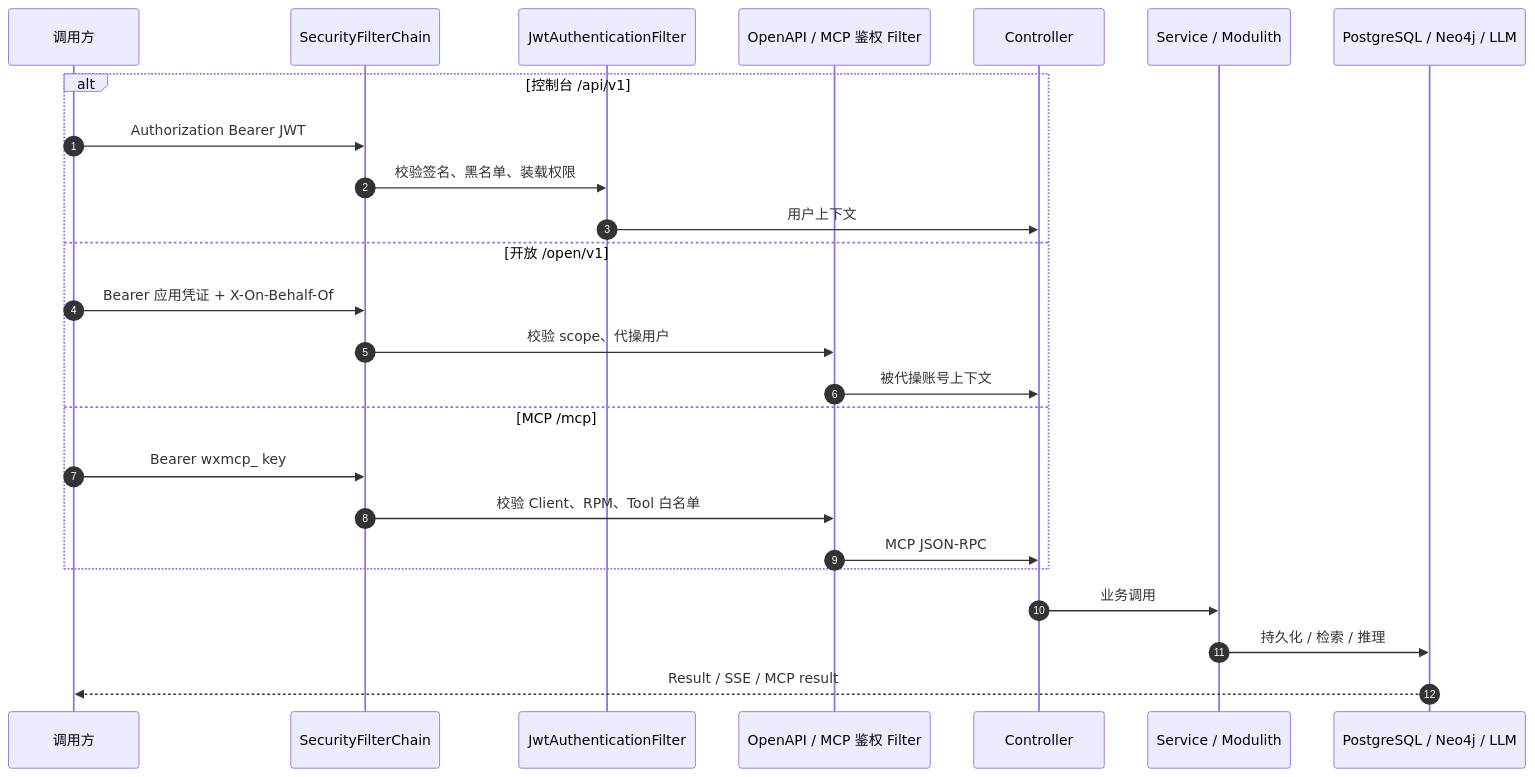
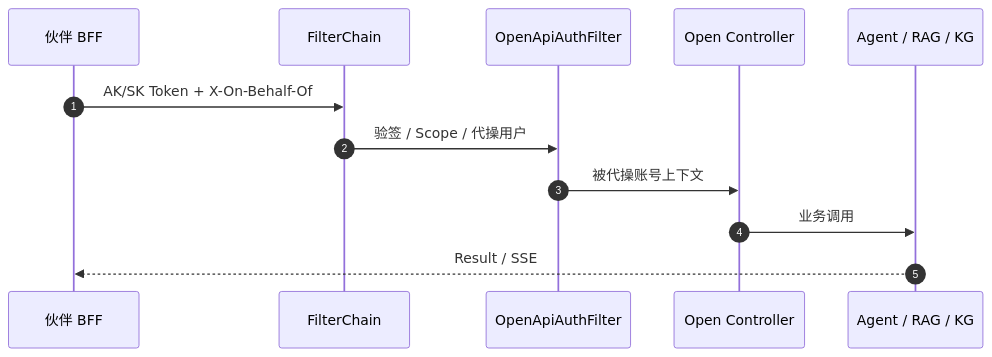
Before and after one commit to DataFutureX/zhishu-integrable-framework: the fourth of 11 diagrams in zhishu-backend/README.md, drawn with Mermaid. The commit also changed other lines of this file and 83 other files, not shown here.

````diff
--- a/zhishu-backend/README.md
+++ b/zhishu-backend/README.md
@@ -200,28 +217,14 @@
 ```mermaid
 sequenceDiagram
   autonumber
-  participant C as 调用方
-  participant F as SecurityFilterChain
-  participant J as JwtAuthenticationFilter
-  participant O as OpenAPI / MCP 鉴权 Filter
-  participant Ctrl as Controller
-  participant Svc as Service / Modulith
-  participant DB as PostgreSQL / Neo4j / LLM
-
-  alt 控制台 /api/v1
-    C->>F: Authorization Bearer JWT
-    F->>J: 校验签名、黑名单、装载权限
-    J->>Ctrl: 用户上下文
-  else 开放 /open/v1
-    C->>F: Bearer 应用凭证 + X-On-Behalf-Of
-    F->>O: 校验 scope、代操用户
-    O->>Ctrl: 被代操账号上下文
-  else MCP /mcp
-    C->>F: Bearer wxmcp_ key
-    F->>O: 校验 Client、RPM、Tool 白名单
-    O->>Ctrl: MCP JSON-RPC
-  end
+  participant P as 伙伴 BFF
+  participant F as FilterChain
+  participant O as OpenApiAuthFilter
+  participant Ctrl as Open Controller
+  participant Svc as Agent / RAG / KG
+  P->>F: AK/SK Token + X-On-Behalf-Of
+  F->>O: 验签 / Scope / 代操用户
+  O->>Ctrl: 被代操账号上下文
   Ctrl->>Svc: 业务调用
-  Svc->>DB: 持久化 / 检索 / 推理
-  DB-->>C: Result / SSE / MCP result
+  Svc-->>P: Result / SSE
 ```
````
